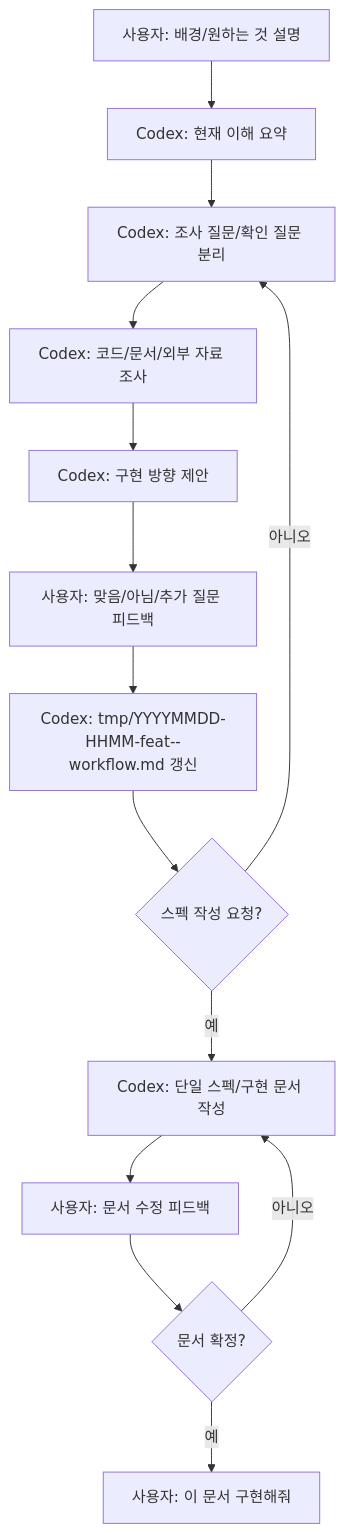
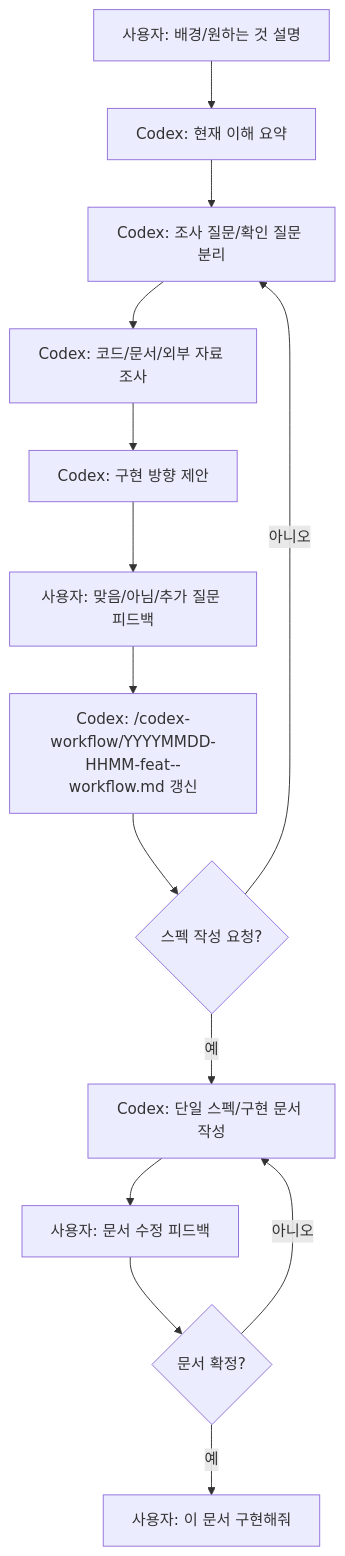
One commit to j-token/j-token-workflow-kit changed the third of 6 diagrams in plugins/codex-workflow/references/workflow-plugin-design.md. Above: the diagram before and after it, drawn with Mermaid. The commit also changed other lines of this file and 5 other files, not shown here.

````diff
--- a/plugins/codex-workflow/references/workflow-plugin-design.md
+++ b/plugins/codex-workflow/references/workflow-plugin-design.md
@@ -119,16 +120,16 @@
 ```mermaid
 flowchart TD
     A["사용자: 배경/원하는 것 설명"] --> B["Codex: 현재 이해 요약"]
     B --> C["Codex: 조사 질문/확인 질문 분리"]
     C --> D["Codex: 코드/문서/외부 자료 조사"]
     D --> E["Codex: 구현 방향 제안"]
     E --> F["사용자: 맞음/아님/추가 질문 피드백"]
-    F --> G["Codex: tmp/YYYYMMDD-HHMM-feat-<topic>-workflow.md 갱신"]
+    F --> G["Codex: <system-temp>/codex-workflow/YYYYMMDD-HHMM-feat-<topic>-workflow.md 갱신"]
     G --> H{"스펙 작성 요청?"}
     H -- "아니오" --> C
     H -- "예" --> I["Codex: 단일 스펙/구현 문서 작성"]
     I --> J["사용자: 문서 수정 피드백"]
     J --> K{"문서 확정?"}
     K -- "아니오" --> I
     K -- "예" --> L["사용자: 이 문서 구현해줘"]
 ```
````
